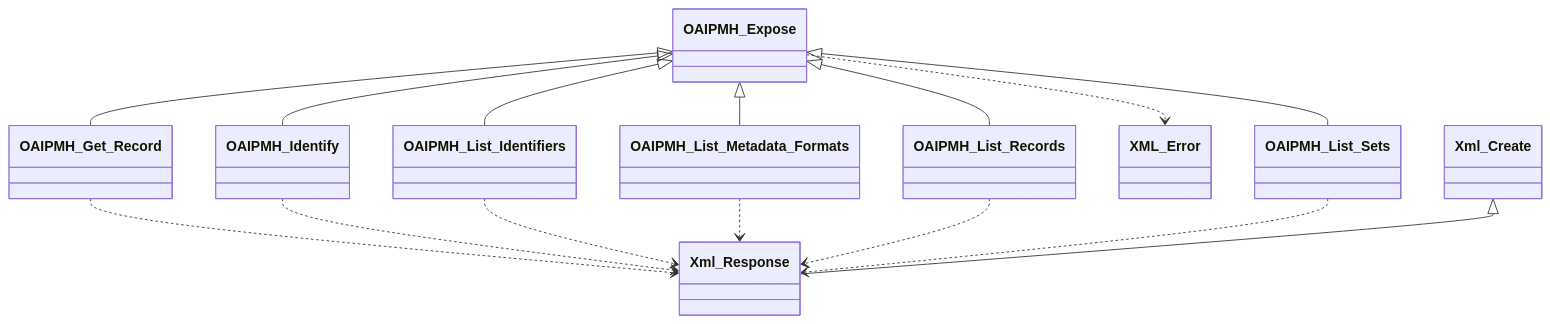
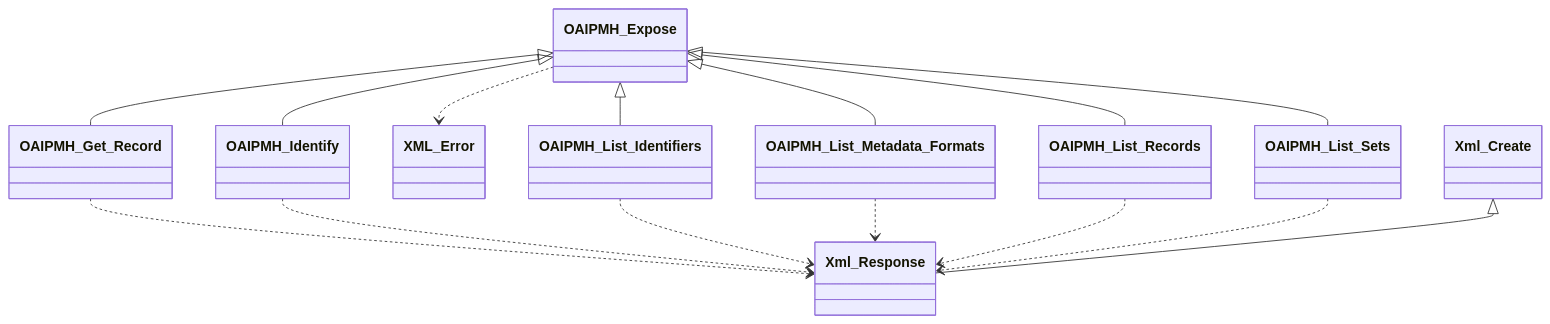
Diagram 11 of 13 in docs/phpdoc/Home.md (tainacan/tainacan), drawn with Mermaid before and after one commit. The commit also changed other lines of this file and 65 other files, not shown here.

````diff
--- a/docs/phpdoc/Home.md
+++ b/docs/phpdoc/Home.md
@@ -666,28 +666,28 @@
 ```mermaid
 classDiagram
     direction TB
+    class OAIPMH_List_Metadata_Formats { }
     class OAIPMH_Get_Record { }
+    class XML_Error { }
+    class OAIPMH_Expose { }
+    class OAIPMH_List_Records { }
+    class Xml_Response { }
     class OAIPMH_List_Identifiers { }
+    class Xml_Create { }
+    class OAIPMH_Identify { }
     class OAIPMH_List_Sets { }
-    class OAIPMH_Expose { }
-    class OAIPMH_List_Metadata_Formats { }
-    class OAIPMH_Identify { }
-    class XML_Error { }
-    class Xml_Response { }
-    class OAIPMH_List_Records { }
-    class Xml_Create { }
     OAIPMH_Expose ..> XML_Error
     OAIPMH_Expose <|-- OAIPMH_Get_Record
     OAIPMH_Expose <|-- OAIPMH_Identify
     OAIPMH_Expose <|-- OAIPMH_List_Identifiers
     OAIPMH_Expose <|-- OAIPMH_List_Metadata_Formats
     OAIPMH_Expose <|-- OAIPMH_List_Records
     OAIPMH_Expose <|-- OAIPMH_List_Sets
     OAIPMH_Get_Record ..> Xml_Response
     OAIPMH_Identify ..> Xml_Response
     OAIPMH_List_Identifiers ..> Xml_Response
     OAIPMH_List_Metadata_Formats ..> Xml_Response
     OAIPMH_List_Records ..> Xml_Response
     OAIPMH_List_Sets ..> Xml_Response
     Xml_Create <|-- Xml_Response
 ```
````
